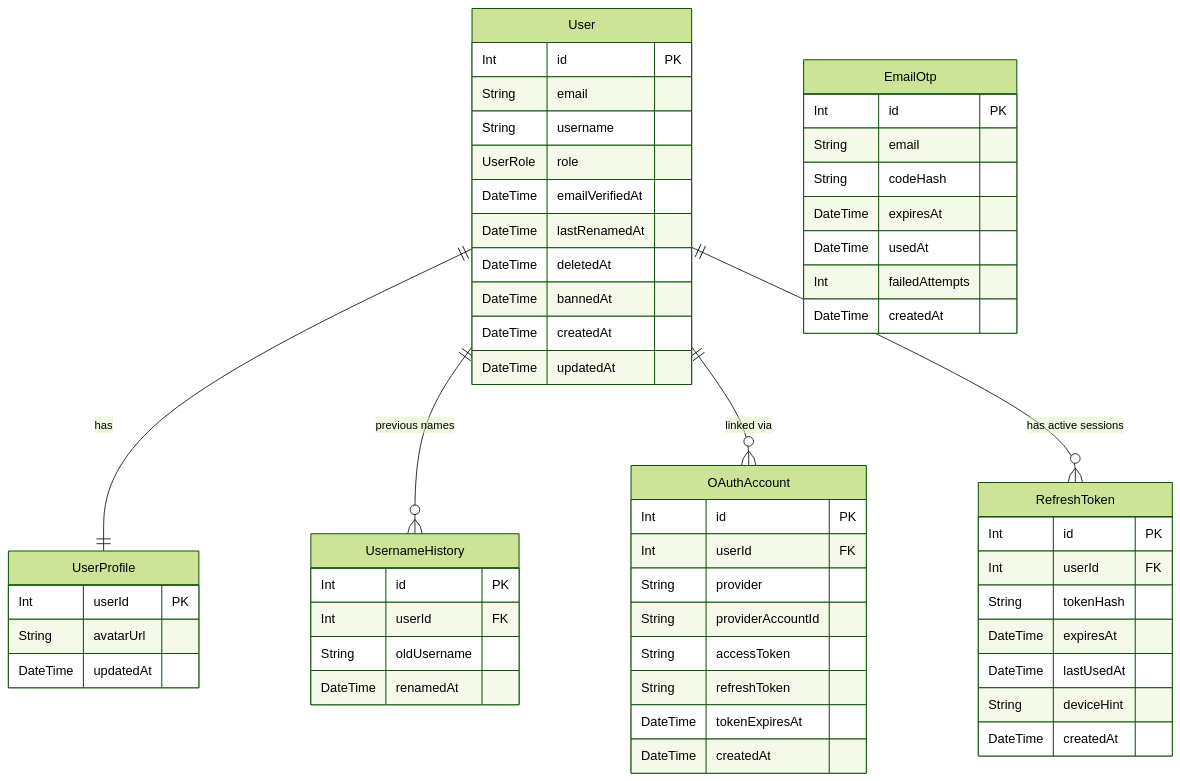
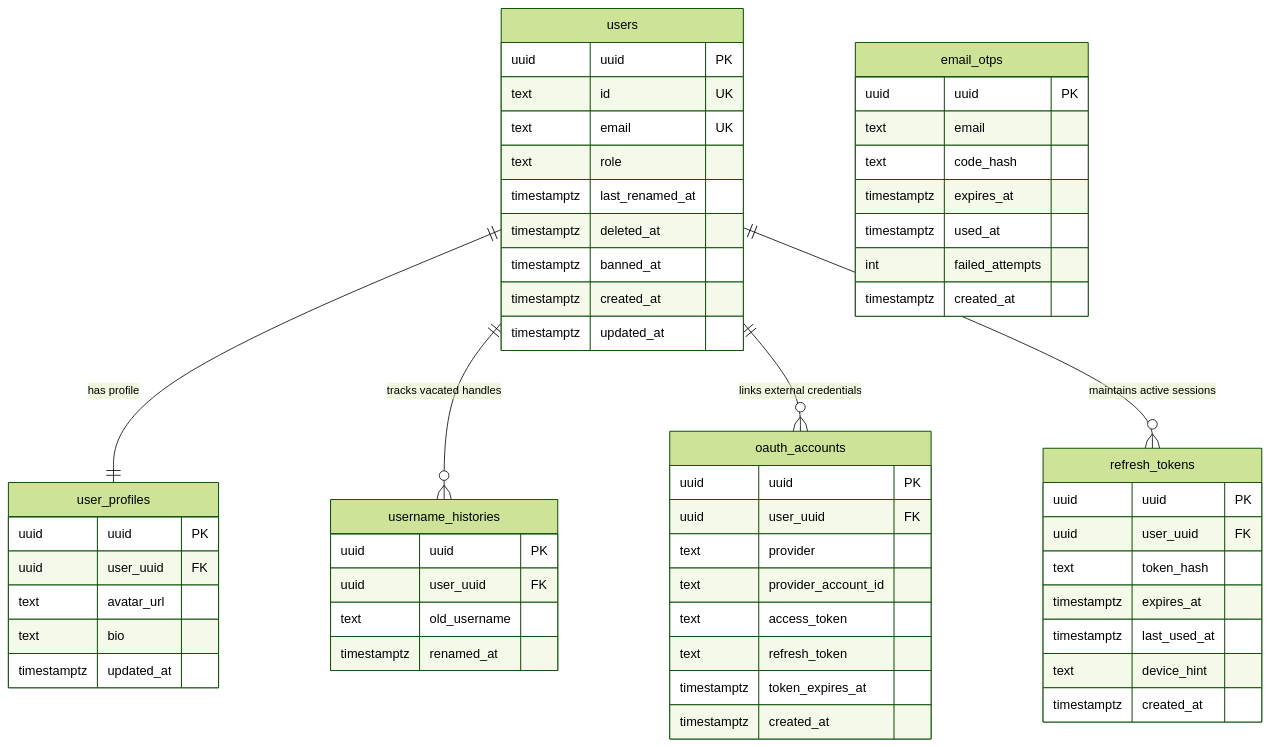
One commit to rohitramu/quadsmith changed the diagram in docs/plans/user_auth.md. Above: the diagram before and after it, drawn with Mermaid (forest theme). The commit also changed other lines of this file, not shown here.

First line of the commit message:
Standardize user auth and account lifecycle design plan

````diff
--- a/docs/plans/user_auth.md
+++ b/docs/plans/user_auth.md
@@ -182,59 +39,60 @@
 ```mermaid
 erDiagram
-    User {
-        Int id PK
-        String email
-        String username
-        UserRole role
-        DateTime emailVerifiedAt
-        DateTime lastRenamedAt
-        DateTime deletedAt
-        DateTime bannedAt
-        DateTime createdAt
-        DateTime updatedAt
+    users {
+        uuid uuid PK
+        text id UK
+        text email UK
+        text role
+        timestamptz last_renamed_at
+        timestamptz deleted_at
+        timestamptz banned_at
+        timestamptz created_at
+        timestamptz updated_at
     }
-    UserProfile {
-        Int userId PK
-        String avatarUrl
-        DateTime updatedAt
+    user_profiles {
+        uuid uuid PK
+        uuid user_uuid FK
+        text avatar_url
+        text bio
+        timestamptz updated_at
     }
-    UsernameHistory {
-        Int id PK
-        Int userId FK
-        String oldUsername
-        DateTime renamedAt
+    username_histories {
+        uuid uuid PK
+        uuid user_uuid FK
+        text old_username
+        timestamptz renamed_at
     }
-    OAuthAccount {
-        Int id PK
-        Int userId FK
-        String provider
-        String providerAccountId
-        String accessToken
-        String refreshToken
-        DateTime tokenExpiresAt
-        DateTime createdAt
+    oauth_accounts {
+        uuid uuid PK
+        uuid user_uuid FK
+        text provider
+        text provider_account_id
+        text access_token
+        text refresh_token
+        timestamptz token_expires_at
+        timestamptz created_at
     }
-    EmailOtp {
-        Int id PK
-        String email
-        String codeHash
-        DateTime expiresAt
-        DateTime usedAt
-        Int failedAttempts
-        DateTime createdAt
+    email_otps {
+        uuid uuid PK
+        text email
+        text code_hash
+        timestamptz expires_at
+        timestamptz used_at
+        int failed_attempts
+        timestamptz created_at
     }
-    RefreshToken {
-        Int id PK
-        Int userId FK
-        String tokenHash
-        DateTime expiresAt
-        DateTime lastUsedAt
-        String deviceHint
-        DateTime createdAt
+    refresh_tokens {
+        uuid uuid PK
+        uuid user_uuid FK
+        text token_hash
+        timestamptz expires_at
+        timestamptz last_used_at
+        text device_hint
+        timestamptz created_at
     }
 
-    User ||--|| UserProfile : "has"
-    User ||--o{ UsernameHistory : "previous names"
-    User ||--o{ OAuthAccount : "linked via"
-    User ||--o{ RefreshToken : "has active sessions"
+    users ||--|| user_profiles : "has profile"
+    users ||--o{ username_histories : "tracks vacated handles"
+    users ||--o{ oauth_accounts : "links external credentials"
+    users ||--o{ refresh_tokens : "maintains active sessions"
 ```
````
